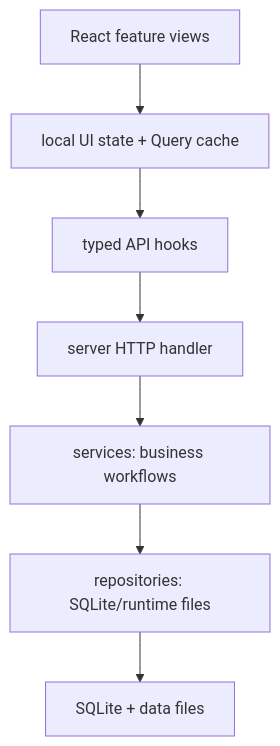
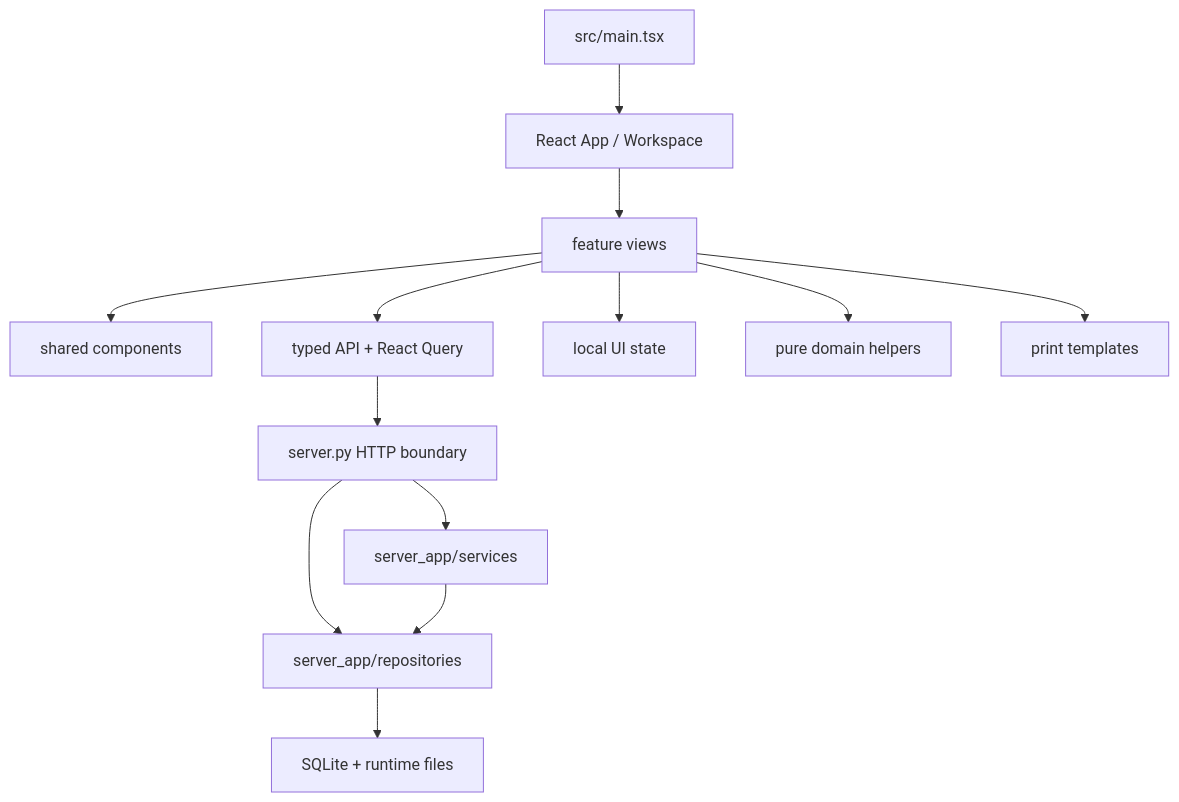
Before and after one commit to Hugo-YH/CageLedger: the diagram in docs/contracts/module-boundaries.md, drawn with Mermaid. The commit also changed other lines of this file and 116 other files, not shown here.

````diff
--- a/docs/contracts/module-boundaries.md
+++ b/docs/contracts/module-boundaries.md
@@ -8,9 +7,15 @@
 ```mermaid
 graph TD
-    UI["React feature views"] --> State["local UI state + Query cache"]
-    State --> Api["typed API hooks"]
-    Api --> Http["server HTTP handler"]
-    Http --> Service["services: business workflows"]
-    Service --> Repo["repositories: SQLite/runtime files"]
-    Repo --> DB["SQLite + data files"]
+    Entry["src/main.tsx"] --> App["React App / Workspace"]
+    App --> Features["feature views"]
+    Features --> Components["shared components"]
+    Features --> Query["typed API + React Query"]
+    Features --> UiState["local UI state"]
+    Features --> Domain["pure domain helpers"]
+    Features --> Print["print templates"]
+    Query --> Http["server.py HTTP boundary"]
+    Http --> Services["server_app/services"]
+    Http --> Repositories["server_app/repositories"]
+    Services --> Repositories
+    Repositories --> SQLite["SQLite + runtime files"]
 ```
````
